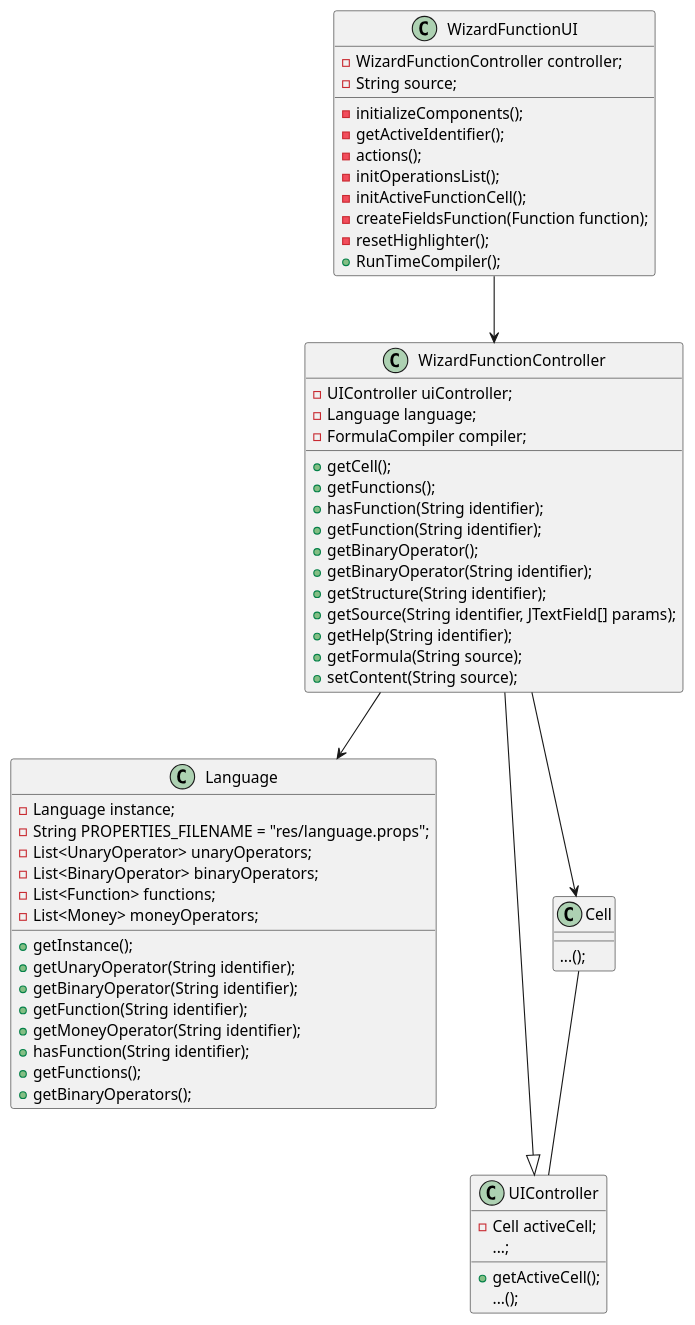
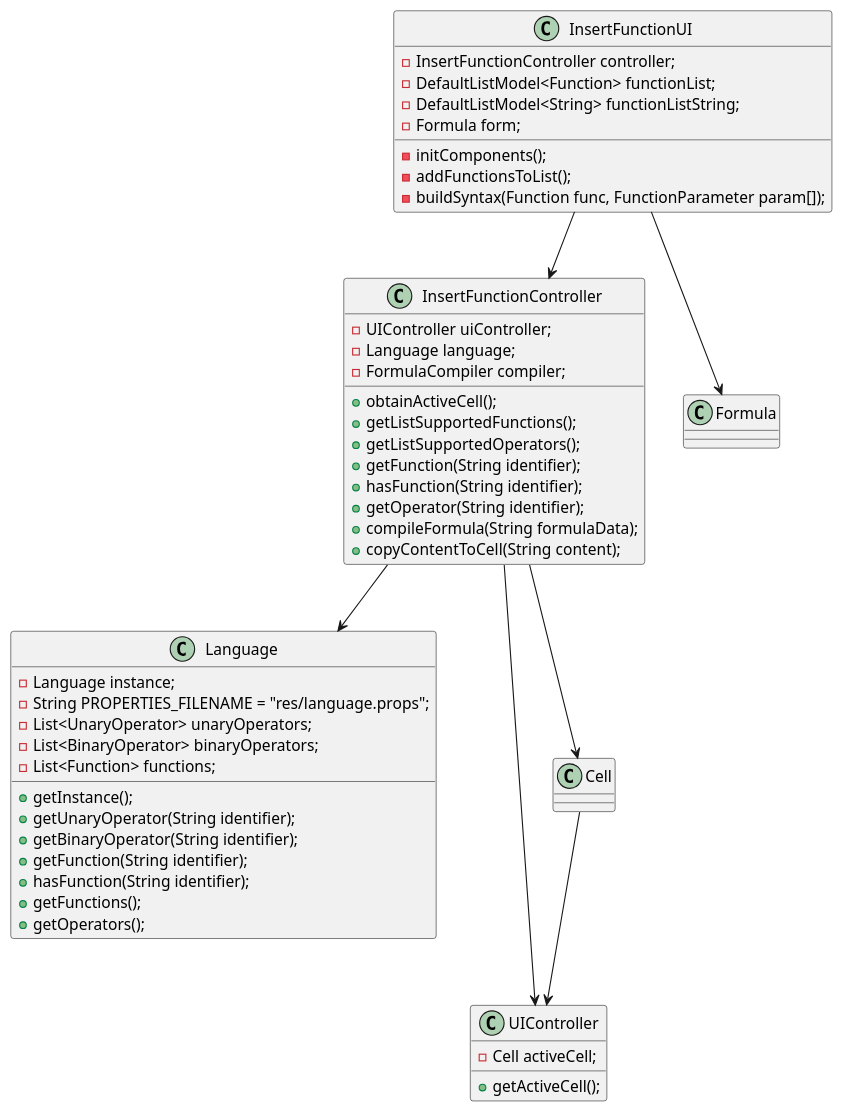
Before and after one commit to PeFerreira98/ISEP.Lic.LAPR4_2017: the diagram in src/main/java/lapr4/green/s3/lang/n1130626/intermediatewizard/lang04.2_design_part2.puml, drawn with PlantUML.

Commit message:
#LAPR4E17DL-210 #comment Class diagram updated #time 1h

```diff
--- a/src/main/java/lapr4/green/s3/lang/n1130626/intermediatewizard/lang04.2_design_part2.puml
+++ b/src/main/java/lapr4/green/s3/lang/n1130626/intermediatewizard/lang04.2_design_part2.puml
@@ -1,66 +1,59 @@
 @startuml lang04.02_design_part2.png
 
-  class WizardFunctionUI {
-    -WizardFunctionController controller;
-    -String source;
-    -initializeComponents();
-    -getActiveIdentifier();
-    -actions();
-    -initOperationsList();
-    -initActiveFunctionCell();
-    -createFieldsFunction(Function function);
-    -resetHighlighter();
-    +RunTimeCompiler();
+  class InsertFunctionUI {
+    -InsertFunctionController controller;
+    -DefaultListModel<Function> functionList;
+    -DefaultListModel<String> functionListString;
+    -Formula form;
+    -initComponents();
+    -addFunctionsToList();
+    -buildSyntax(Function func, FunctionParameter param[]);
   }
 
-  class WizardFunctionController {
+  class InsertFunctionController {
     -UIController uiController;
     -Language language;
     -FormulaCompiler compiler;
-    +getCell();
-    +getFunctions();
+    +obtainActiveCell();
+    +getListSupportedFunctions();
+    +getListSupportedOperators();
+    +getFunction(String identifier);
     +hasFunction(String identifier);
-    +getFunction(String identifier);
-    +getBinaryOperator();
-    +getBinaryOperator(String identifier);
-    +getStructure(String identifier);
-    +getSource(String identifier, JTextField[] params);
-    +getHelp(String identifier);
-    +getFormula(String source);
-    +setContent(String source);
+    +getOperator(String identifier);
+    +compileFormula(String formulaData);
+    +copyContentToCell(String content);
   }
 
   class Language {
     -Language instance;
     -String PROPERTIES_FILENAME = "res/language.props";
     -List<UnaryOperator> unaryOperators;
     -List<BinaryOperator> binaryOperators;
     -List<Function> functions;
-    -List<Money> moneyOperators;
     +getInstance();
     +getUnaryOperator(String identifier);
     +getBinaryOperator(String identifier);
     +getFunction(String identifier);
-    +getMoneyOperator(String identifier);
     +hasFunction(String identifier);
     +getFunctions();
-    +getBinaryOperators();
+    +getOperators();
+  }
+
+  class Formula {
   }
 
   class UIController {
     -Cell activeCell;
-    ...;
     +getActiveCell();
-    ...();
   }
 
   class Cell {
-    ...();
   }
 
-    WizardFunctionUI --> WizardFunctionController
-    WizardFunctionController --> Language
-    WizardFunctionController --|> UIController
-    WizardFunctionController --> Cell
-    Cell -- UIController
+    InsertFunctionUI --> InsertFunctionController
+    InsertFunctionUI --> Formula
+    InsertFunctionController --> Language
+    InsertFunctionController --> UIController
+    InsertFunctionController --> Cell
+    Cell --> UIController
 @enduml
```
